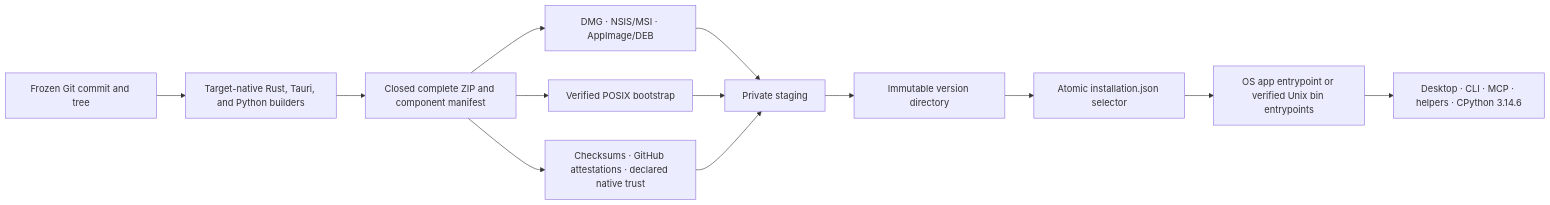
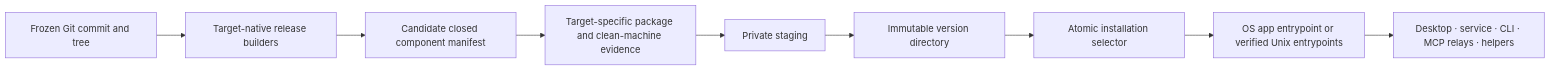
One commit to Sawmonabo/market-squawk changed the second of 2 diagrams in docs/architecture/deployment.md. Above: the diagram before and after it, drawn with Mermaid. The commit also changed other lines of this file and 22 other files, not shown here.

````diff
--- a/docs/architecture/deployment.md
+++ b/docs/architecture/deployment.md
@@ -178,23 +181,15 @@
 ```mermaid
 flowchart LR
     Source["Frozen Git commit and tree"]
-    Build["Target-native Rust, Tauri, and Python builders"]
-    Bundle["Closed complete ZIP and component manifest"]
-    Native["DMG · NSIS/MSI · AppImage/DEB"]
-    Curl["Verified POSIX bootstrap"]
-    Attest["Checksums · GitHub attestations · declared native trust"]
+    Build["Target-native release builders"]
+    Bundle["Candidate closed component manifest"]
+    Verify["Target-specific package and clean-machine evidence"]
     Stage["Private staging"]
     Version["Immutable version directory"]
-    Selector["Atomic installation.json selector"]
-    Entry["OS app entrypoint or verified Unix bin entrypoints"]
-    Runtime["Desktop · CLI · MCP · helpers · CPython 3.14.6"]
+    Selector["Atomic installation selector"]
+    Entry["OS app entrypoint or verified Unix entrypoints"]
+    Runtime["Desktop · service · CLI · MCP relays · helpers"]
 
-    Source --> Build --> Bundle
-    Bundle --> Native
-    Bundle --> Curl
-    Bundle --> Attest
-    Native --> Stage
-    Curl --> Stage
-    Attest --> Stage
+    Source --> Build --> Bundle --> Verify --> Stage
     Stage --> Version --> Selector --> Entry --> Runtime
 ```
````
